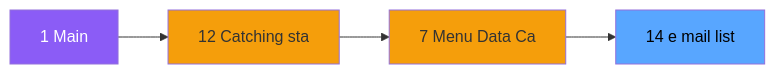
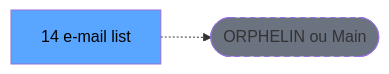
One commit to thonyAGP/lecteur-magic changed the second of 3 diagrams in .openspec/renders/ADH-IDE-14.md. Above: the diagram before and after it, drawn with Mermaid. The commit also changed other lines of this file and 701 other files, not shown here.

````diff
--- a/.openspec/renders/ADH-IDE-14.md
+++ b/.openspec/renders/ADH-IDE-14.md
@@ -105,14 +117,8 @@
 ```mermaid
 graph LR
-    M[1 Main]
-    N12[12 Catching sta]
-    N7[7 Menu Data Ca]
-    T[14 e mail list]
-    M --> N12
-    N12 --> N7
-    N7 --> T
-    style M fill:#8b5cf6,color:#fff
-    style N12 fill:#f59e0b
-    style N7 fill:#f59e0b
+    T[14 e-mail list]
+    ORPHAN([ORPHELIN ou Main])
+    T -.-> ORPHAN
     style T fill:#58a6ff,color:#000
+    style ORPHAN fill:#6b7280,stroke-dasharray: 5 5
 ```
````
